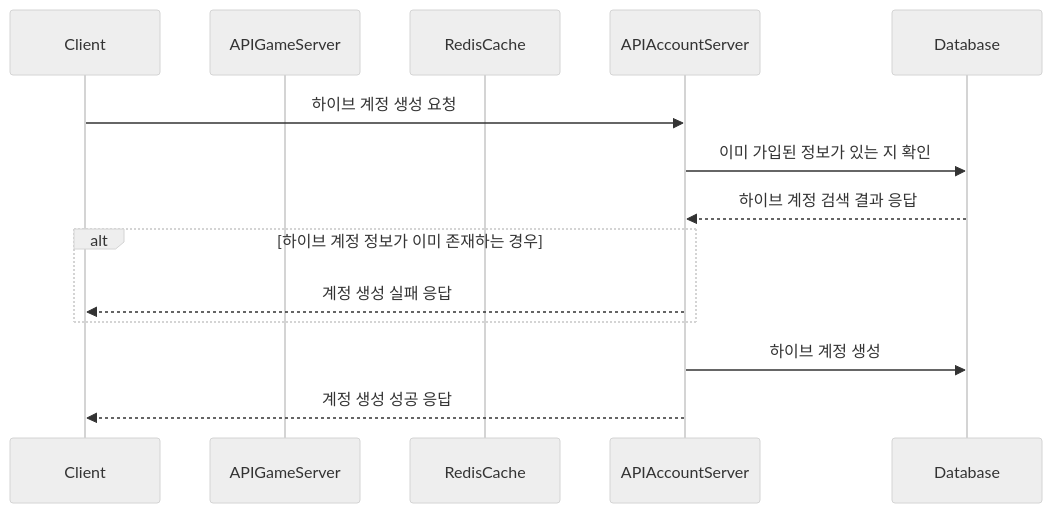
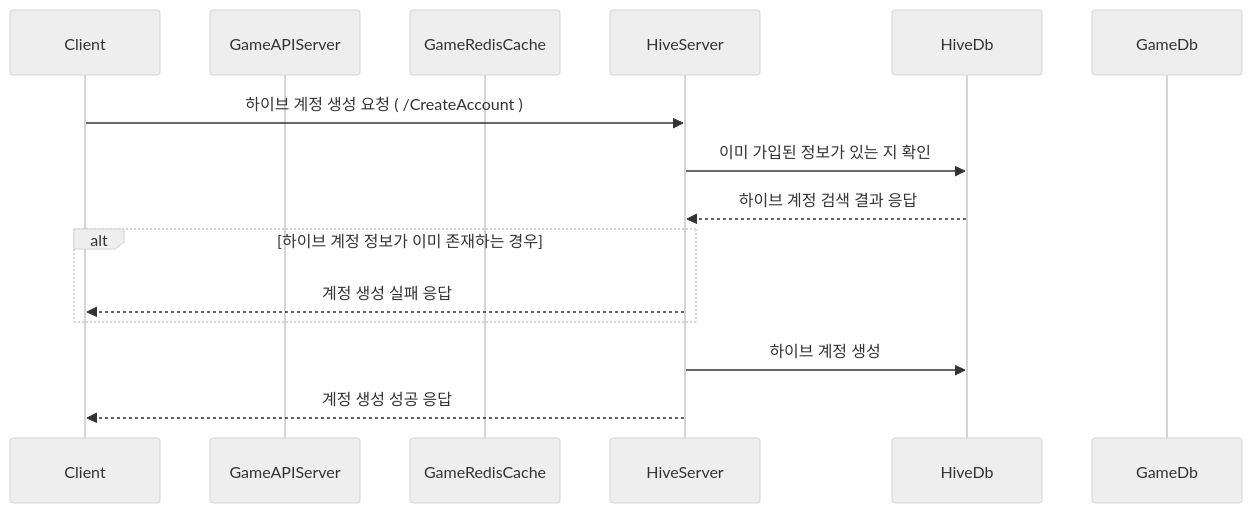
Before and after one commit to ks-wook/com2us_omok_server: the first of 2 diagrams in SequenceDiagram.md, drawn with Mermaid (neutral theme). The commit also changed other lines of this file, not shown here.

````diff
--- a/SequenceDiagram.md
+++ b/SequenceDiagram.md
@@ -3,21 +3,22 @@
 ```mermaid
 sequenceDiagram
     
     participant Client
-    participant APIGameServer
-    participant RedisCache
-    participant APIAccountServer
-    participant Database
+    participant GameAPIServer
+    participant GameRedisCache
+    participant HiveServer
+    participant HiveDb
+    participant GameDb
 
 
-    Client             ->> APIAccountServer:  하이브 계정 생성 요청
-    APIAccountServer   ->> Database:          이미 가입된 정보가 있는 지 확인
-    Database          -->> APIAccountServer:  하이브 계정 검색 결과 응답
+    Client             ->> HiveServer:        하이브 계정 생성 요청 ( /CreateAccount )
+    HiveServer         ->> HiveDb:            이미 가입된 정보가 있는 지 확인
+    HiveDb            -->> HiveServer:        하이브 계정 검색 결과 응답
     alt 하이브 계정 정보가 이미 존재하는 경우
-    APIAccountServer  -->> Client:             계정 생성 실패 응답
+        HiveServer    -->> Client:            계정 생성 실패 응답
     end
 
-    APIAccountServer   ->> Database:          하이브 계정 생성
-    APIAccountServer  -->> Client:            계정 생성 성공 응답
+    HiveServer         ->> HiveDb:            하이브 계정 생성
+    HiveServer        -->> Client:            계정 생성 성공 응답
 
 ```
````
